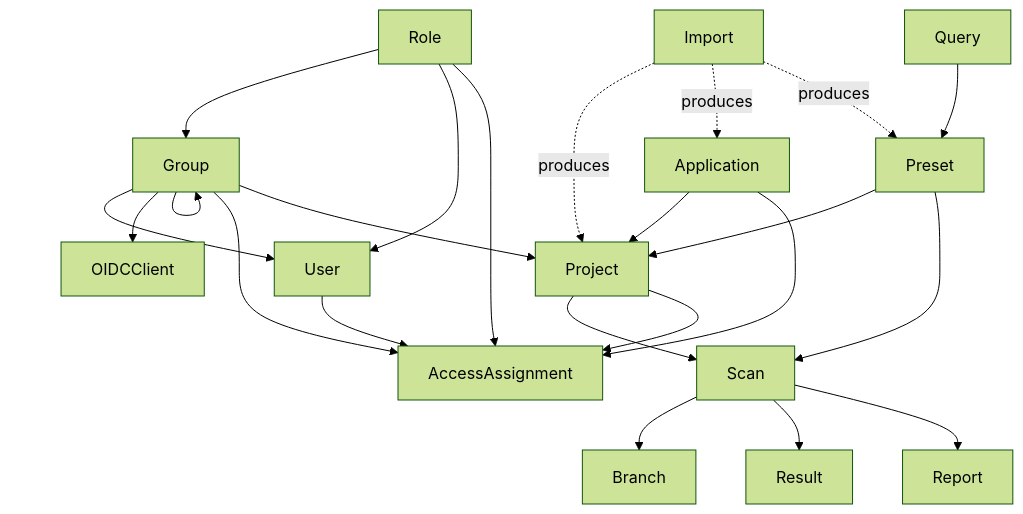
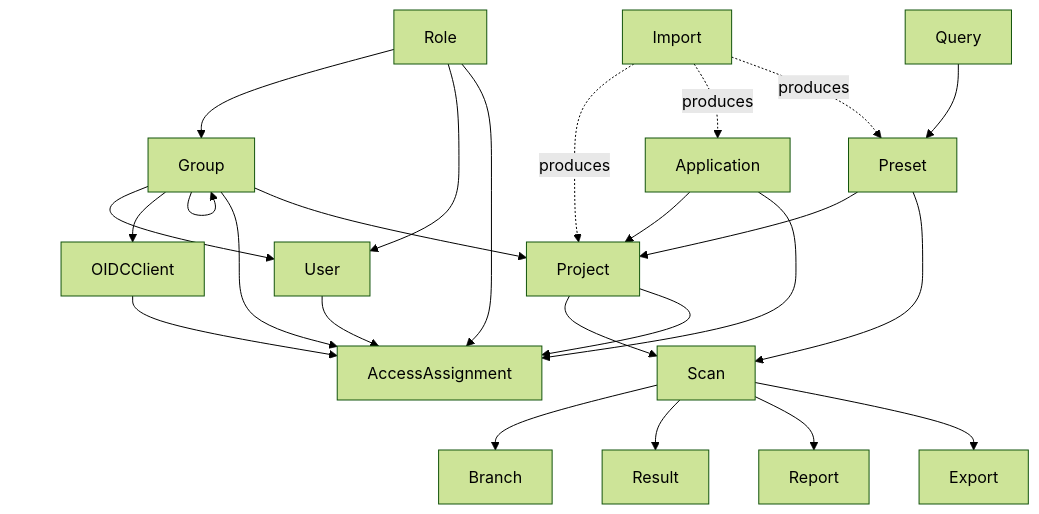
Before and after one commit to cxpsemea/Cx1ClientGo: the diagram in _examples/OBJECT_MODEL.md, drawn with Mermaid (forest theme). The commit also changed other lines of this file and 4 other files, not shown here.

````diff
--- a/_examples/OBJECT_MODEL.md
+++ b/_examples/OBJECT_MODEL.md
@@ -24,29 +24,31 @@
 ```mermaid
 flowchart TB
     Role --> Group
     Role --> User
     Role --> AccessAssignment
     Group --> Group
     Group --> User
     Group --> OIDCClient
     Group --> AccessAssignment
 
     Application --> Project
     Group --> Project
     Preset --> Project
     Query --> Preset
 
     Project --> Scan
     Preset --> Scan
     Scan --> Branch
     Scan --> Result
     Scan --> Report
+    Scan --> Export
 
     User --> AccessAssignment
+    OIDCClient --> AccessAssignment
     Project --> AccessAssignment
     Application --> AccessAssignment
 
     Import -.produces.-> Project
     Import -.produces.-> Application
     Import -.produces.-> Preset
 ```
````
